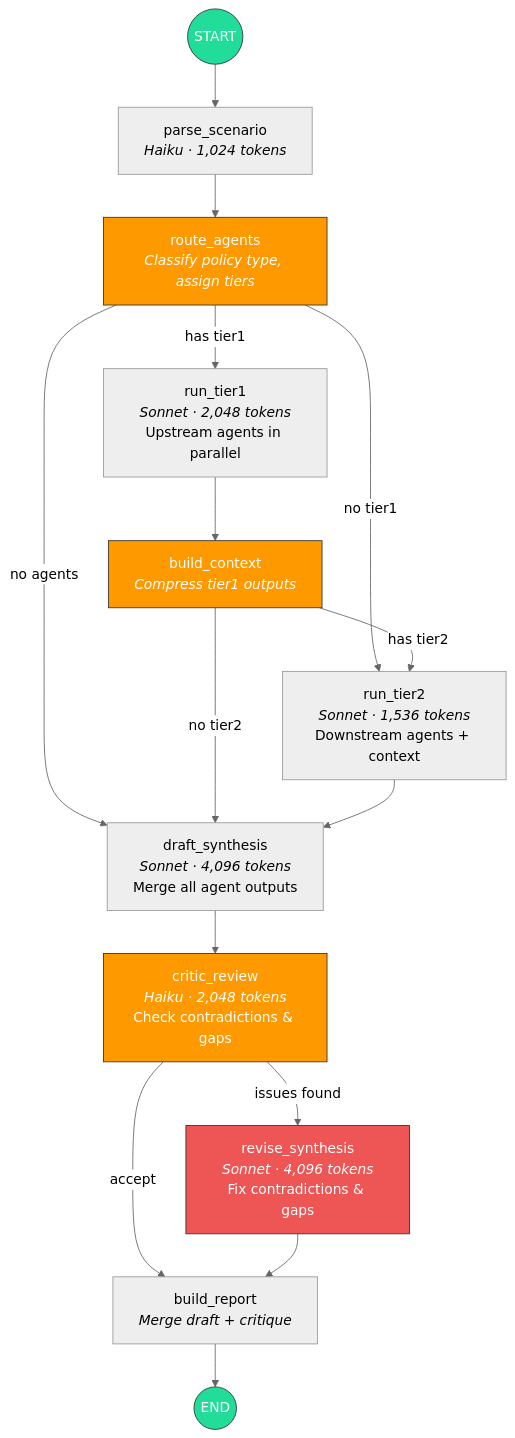
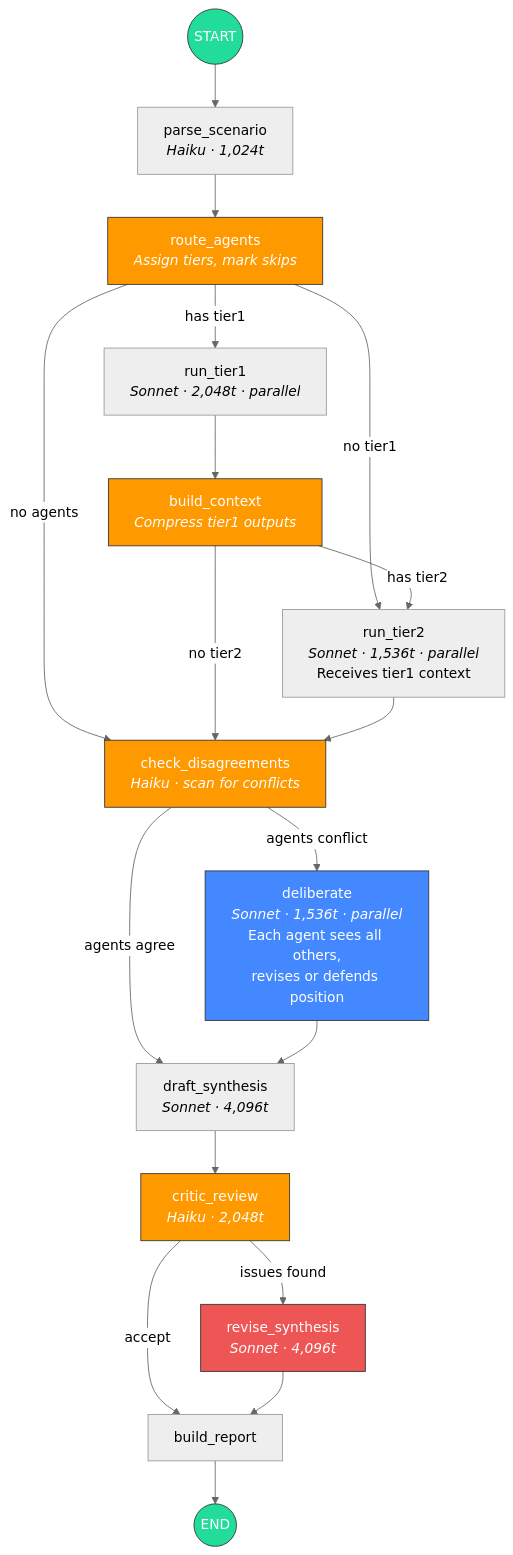
One commit to User12ss/Financial-market-simlator changed the diagram in README.md. Above: the diagram before and after it, drawn with Mermaid (neutral theme). The commit also changed other lines of this file and 3 other files, not shown here.

````diff
--- a/README.md
+++ b/README.md
@@ -9,42 +9,51 @@
 ```mermaid
 graph TD
     START((START)) --> parse_scenario
 
-    parse_scenario["parse_scenario<br/><i>Haiku · 1,024 tokens</i>"]
+    parse_scenario["parse_scenario<br/><i>Haiku · 1,024t</i>"]
     parse_scenario --> route_agents
 
-    route_agents["route_agents<br/><i>Classify policy type, assign tiers</i>"]
+    route_agents["route_agents<br/><i>Assign tiers, mark skips</i>"]
     route_agents -->|has tier1| run_tier1
     route_agents -->|no tier1| run_tier2
-    route_agents -->|no agents| draft_synthesis
+    route_agents -->|no agents| check_disagreements
 
-    run_tier1["run_tier1<br/><i>Sonnet · 2,048 tokens</i><br/>Upstream agents in parallel"]
+    run_tier1["run_tier1<br/><i>Sonnet · 2,048t · parallel</i>"]
     run_tier1 --> build_context
 
     build_context["build_context<br/><i>Compress tier1 outputs</i>"]
     build_context -->|has tier2| run_tier2
-    build_context -->|no tier2| draft_synthesis
+    build_context -->|no tier2| check_disagreements
 
-    run_tier2["run_tier2<br/><i>Sonnet · 1,536 tokens</i><br/>Downstream agents + context"]
-    run_tier2 --> draft_synthesis
+    run_tier2["run_tier2<br/><i>Sonnet · 1,536t · parallel</i><br/>Receives tier1 context"]
+    run_tier2 --> check_disagreements
 
-    draft_synthesis["draft_synthesis<br/><i>Sonnet · 4,096 tokens</i><br/>Merge all agent outputs"]
+    check_disagreements["check_disagreements<br/><i>Haiku · scan for conflicts</i>"]
+    check_disagreements -->|"agents agree"| draft_synthesis
+    check_disagreements -->|"agents conflict"| deliberate
+
+    deliberate["deliberate<br/><i>Sonnet · 1,536t · parallel</i><br/>Each agent sees all others,<br/>revises or defends position"]
+    deliberate --> draft_synthesis
+
+    draft_synthesis["draft_synthesis<br/><i>Sonnet · 4,096t</i>"]
     draft_synthesis --> critic_review
 
-    critic_review["critic_review<br/><i>Haiku · 2,048 tokens</i><br/>Check contradictions & gaps"]
+    critic_review["critic_review<br/><i>Haiku · 2,048t</i>"]
     critic_review -->|accept| build_report
     critic_review -->|issues found| revise_synthesis
 
-    revise_synthesis["revise_synthesis<br/><i>Sonnet · 4,096 tokens</i><br/>Fix contradictions & gaps"]
+    revise_synthesis["revise_synthesis<br/><i>Sonnet · 4,096t</i>"]
     revise_synthesis --> build_report
 
-    build_report["build_report<br/><i>Merge draft + critique</i>"]
+    build_report["build_report"]
     build_report --> END((END))
 
     style START fill:#2d9,stroke:#333,color:#fff
     style END fill:#2d9,stroke:#333,color:#fff
     style route_agents fill:#f90,stroke:#333,color:#fff
     style build_context fill:#f90,stroke:#333,color:#fff
+    style check_disagreements fill:#f90,stroke:#333,color:#fff
     style critic_review fill:#f90,stroke:#333,color:#fff
+    style deliberate fill:#48f,stroke:#333,color:#fff
     style revise_synthesis fill:#e55,stroke:#333,color:#fff
 ```
````
